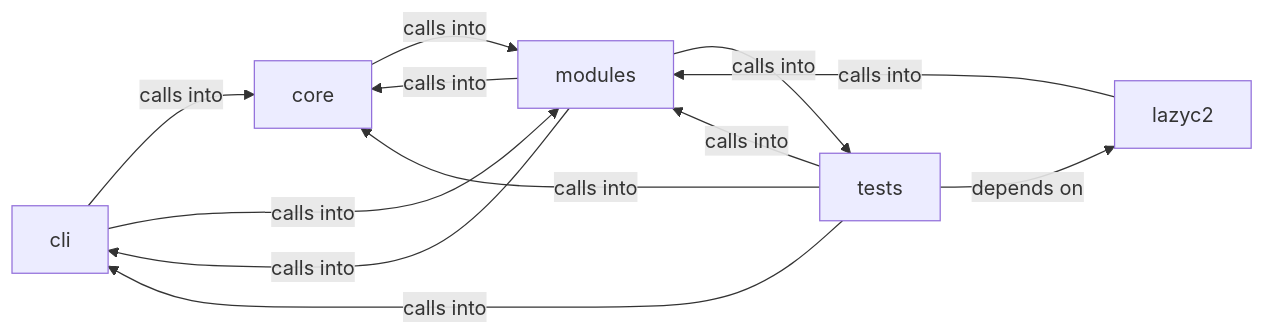
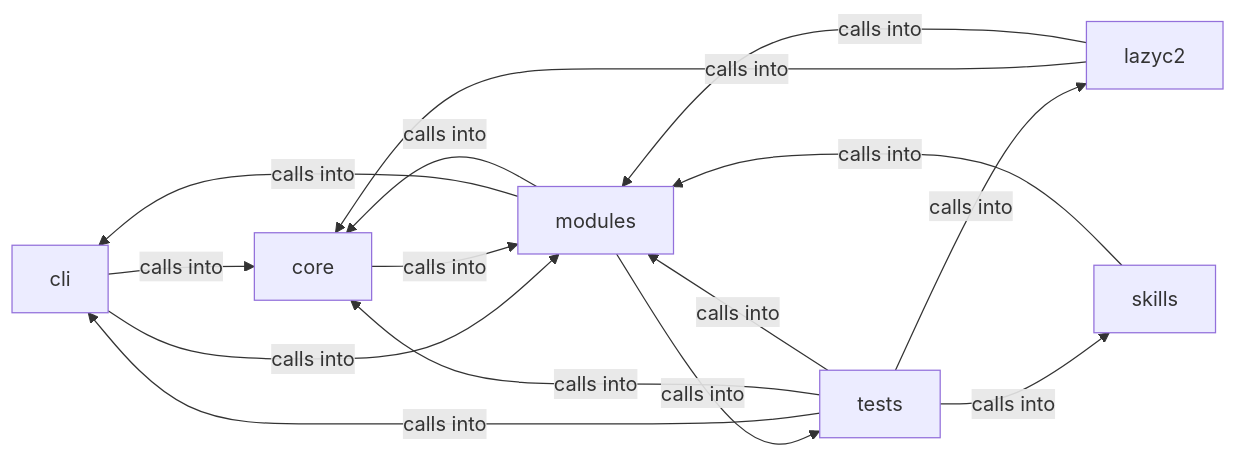
Before and after one commit to grisuno/LazyOwn: the diagram in readmenator-diagrams/modules_lazy_loop.md, drawn with Mermaid. The commit also changed other lines of this file and 496 other files, not shown here.

First line of the commit message:
test: A mediator architecture is implemented with a safety harness inspired by Apollo 11.

````diff
--- a/readmenator-diagrams/modules_lazy_loop.md
+++ b/readmenator-diagrams/modules_lazy_loop.md
@@ -5,19 +5,23 @@
 ```mermaid
 graph LR
     cli["cli"]
     core["core"]
     lazyc2["lazyc2"]
     modules["modules"]
+    skills["skills"]
     tests["tests"]
     cli -- "calls into" --> core
     cli -- "calls into" --> modules
     core -- "calls into" --> modules
+    lazyc2 -- "calls into" --> core
     lazyc2 -- "calls into" --> modules
     modules -- "calls into" --> cli
     modules -- "calls into" --> core
     modules -- "calls into" --> tests
+    skills -- "calls into" --> modules
     tests -- "calls into" --> cli
     tests -- "calls into" --> core
-    tests -- "depends on" --> lazyc2
+    tests -- "calls into" --> lazyc2
     tests -- "calls into" --> modules
+    tests -- "calls into" --> skills
 ```
````
